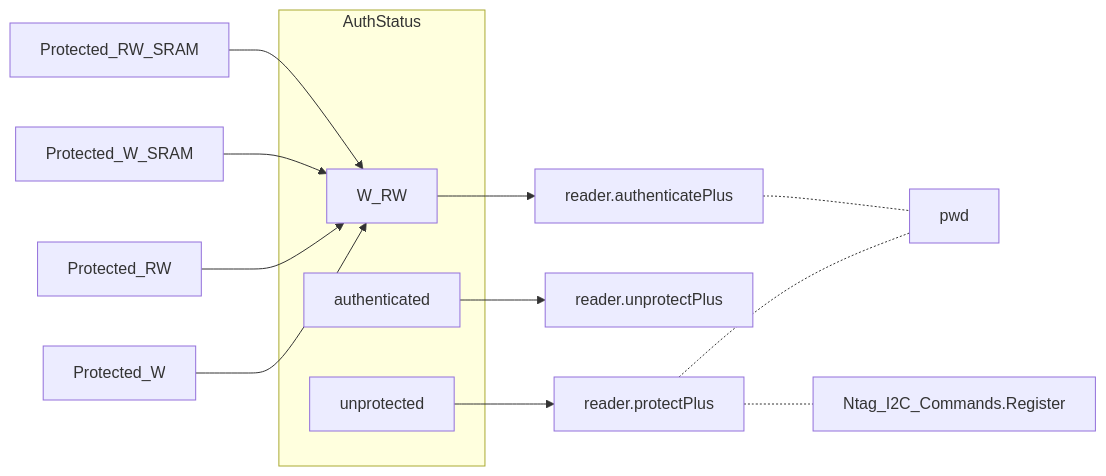
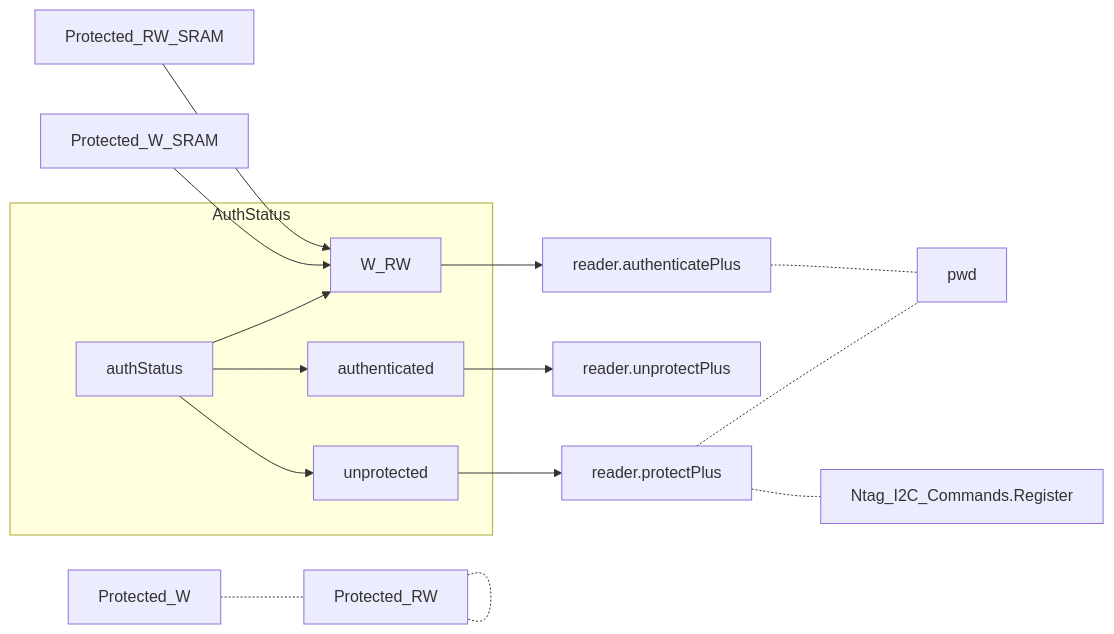
Before and after one commit to gordianknotC/nxp_note: diagram 16 of 16 in nxp/NtagDemo_mermaid.md, drawn with Mermaid. The commit also changed other lines of this file, not shown here.

Commit message:
nxp/NtagDemo_mermaid.md updated from https://stackedit.io/

````diff
--- a/nxp/NtagDemo_mermaid.md
+++ b/nxp/NtagDemo_mermaid.md
@@ -616,20 +616,23 @@
 ```mermaid
 graph LR
 subgraph AuthStatus
 	unprotected
 	authenticated
 	W_RW
+	authStatus --> W_RW
+	authStatus --> authenticated
+	authStatus --> unprotected
 end
 
 unprotected --> reader.protectPlus
 reader.protectPlus -.- pwd
 reader.protectPlus -.- Ntag_I2C_Commands.Register
 authenticated --> reader.unprotectPlus
 W_RW --> reader.authenticatePlus
 reader.authenticatePlus -.- pwd
 
-Protected_W --> W_RW
-Protected_RW --> W_RW
+Protected_W -.- Protected_RW
+Protected_RW -.- Protected_RW
 Protected_W_SRAM --> W_RW
 Protected_RW_SRAM --> W_RW
 ```
````
